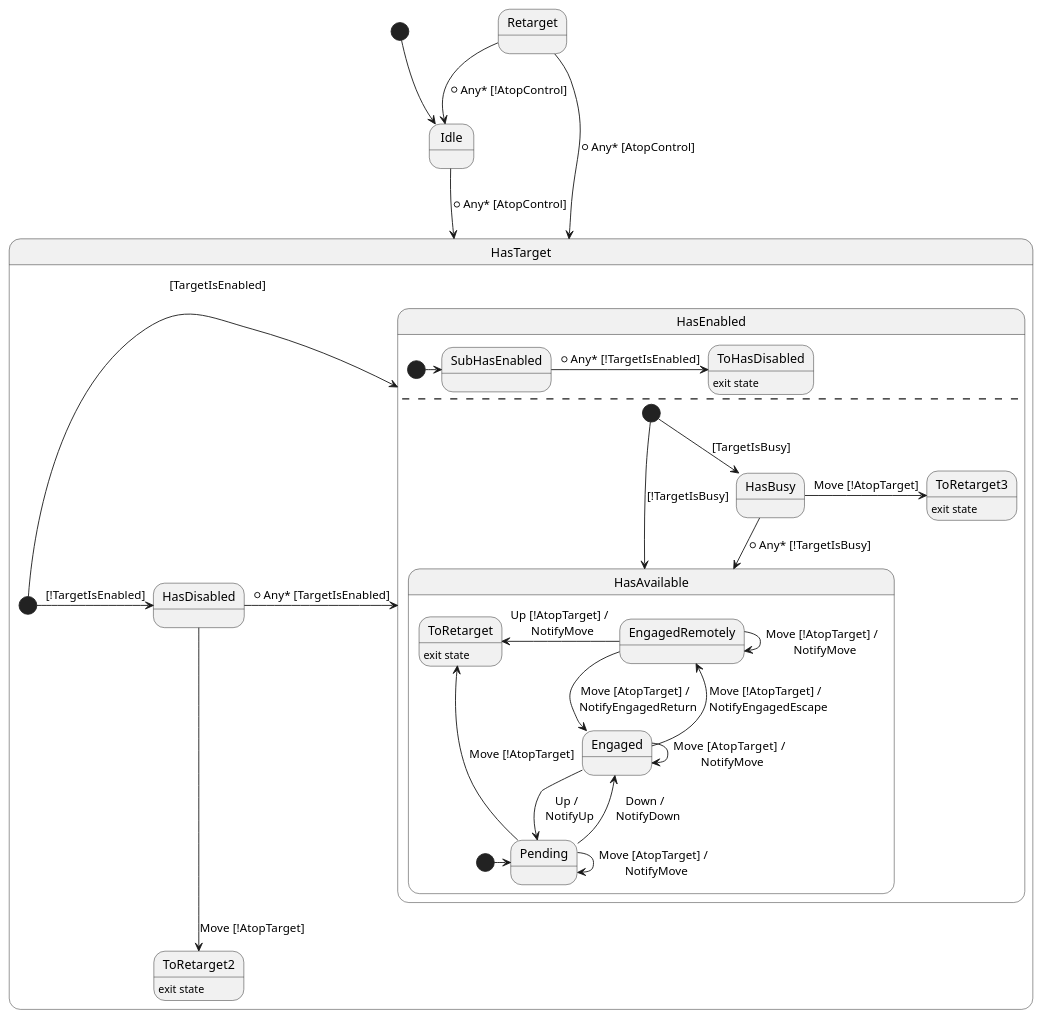
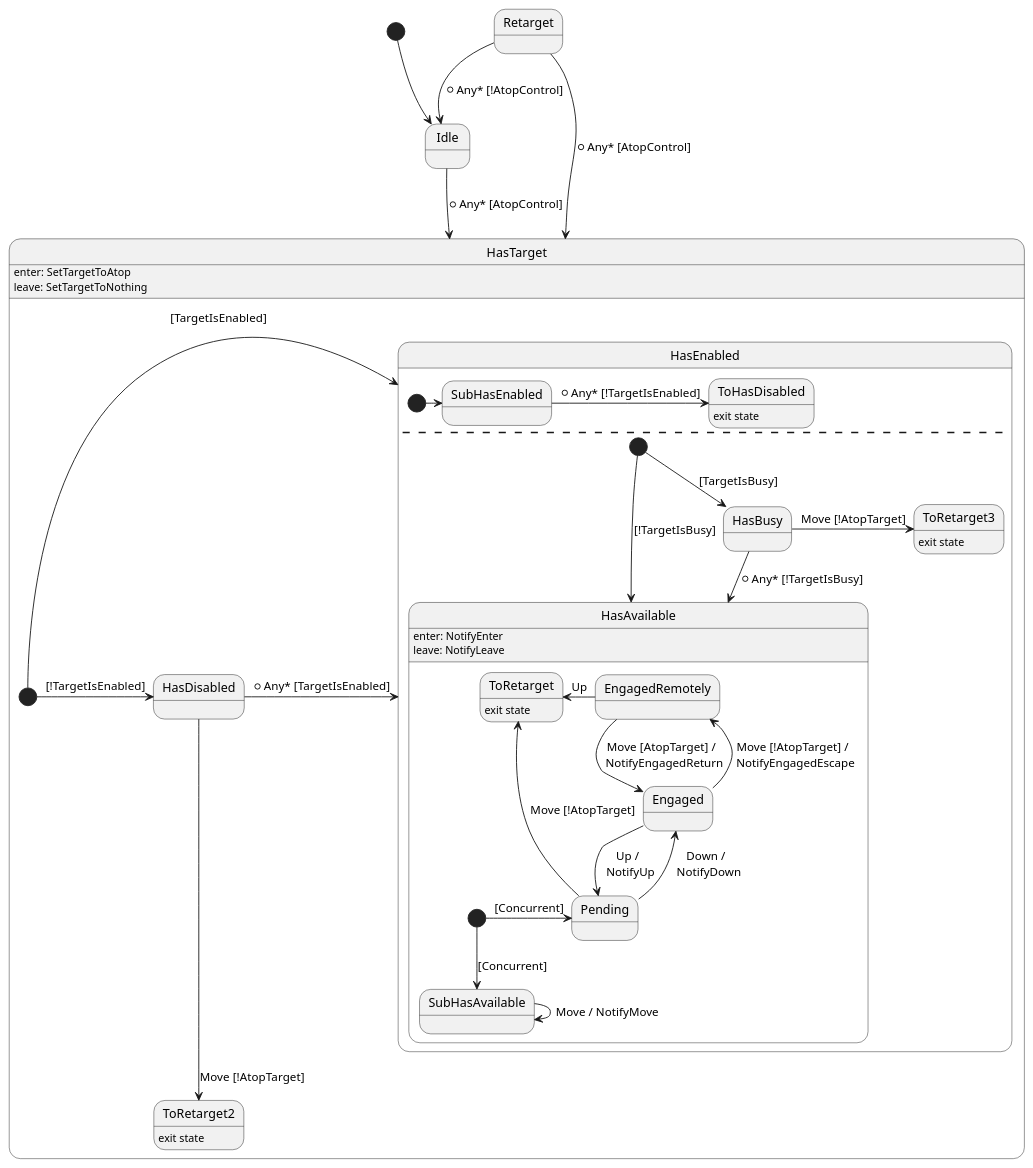
Before and after one commit to bobkocisko/libgui: the diagram in Documentation/PointerInput2.puml, drawn with PlantUML. The commit also changed 6 other files, not shown here.

```diff
--- a/Documentation/PointerInput2.puml
+++ b/Documentation/PointerInput2.puml
@@ -12,62 +12,67 @@
 @startuml
 
 
 [*] --> Idle
 
 Idle --> HasTarget: *Any* [AtopControl]
 
 Retarget --> HasTarget: *Any* [AtopControl]
 Retarget --> Idle: *Any* [!AtopControl]
+
+state HasTarget: enter: SetTargetToAtop
+state HasTarget: leave: SetTargetToNothing
 
 state HasTarget {
     [*] -> HasEnabled : [TargetIsEnabled]
     [*] -> HasDisabled: [!TargetIsEnabled]
 
     state HasEnabled {
         [*] -> SubHasEnabled
         
         SubHasEnabled -> ToHasDisabled: *Any* [!TargetIsEnabled]
         
         state ToHasDisabled: exit state
     
         --
         
         [*] -> HasAvailable: [!TargetIsBusy]
         [*] --> HasBusy: [TargetIsBusy]
 
+        state HasAvailable: enter: NotifyEnter
+        state HasAvailable: leave: NotifyLeave
         state HasAvailable {
-            [*] -> Pending
+            [*] -> Pending: [Concurrent]
 
             state ToRetarget: exit state
 
             Pending --> ToRetarget: Move [!AtopTarget]
-            Pending --> Pending: Move [AtopTarget] / \n NotifyMove
             Pending --> Engaged: Down / \n NotifyDown
 
             Engaged --> Pending: Up / \n NotifyUp
             Engaged --> EngagedRemotely: Move [!AtopTarget] / \n NotifyEngagedEscape
-            Engaged --> Engaged: Move [AtopTarget]  / \n NotifyMove
 
             EngagedRemotely --> Engaged: Move [AtopTarget] / \n NotifyEngagedReturn
-            EngagedRemotely --> EngagedRemotely: Move [!AtopTarget] / \n NotifyMove
-            EngagedRemotely -l-> ToRetarget: Up [!AtopTarget] / \n NotifyMove
+            EngagedRemotely -l-> ToRetarget: Up
+
+            [*] --> SubHasAvailable: [Concurrent]
+            SubHasAvailable -> SubHasAvailable: Move / NotifyMove
         }
 
         HasBusy --> HasAvailable: *Any* [!TargetIsBusy]
 
         state ToRetarget3: exit state
         HasBusy -> ToRetarget3: Move [!AtopTarget]
     }
 
     HasDisabled -> HasEnabled: *Any* [TargetIsEnabled]
 
     HasDisabled --> ToRetarget2: Move [!AtopTarget]
 
     state ToRetarget2:exit state
     
     
 }
 
 
 
 @enduml
```
